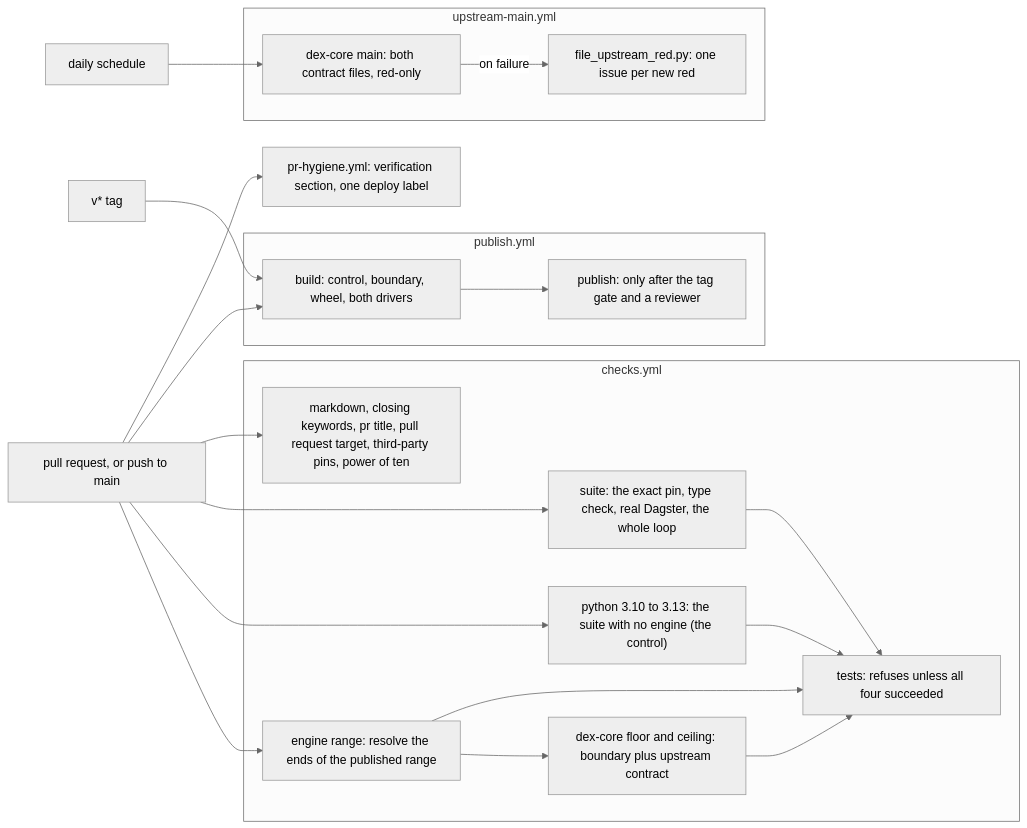
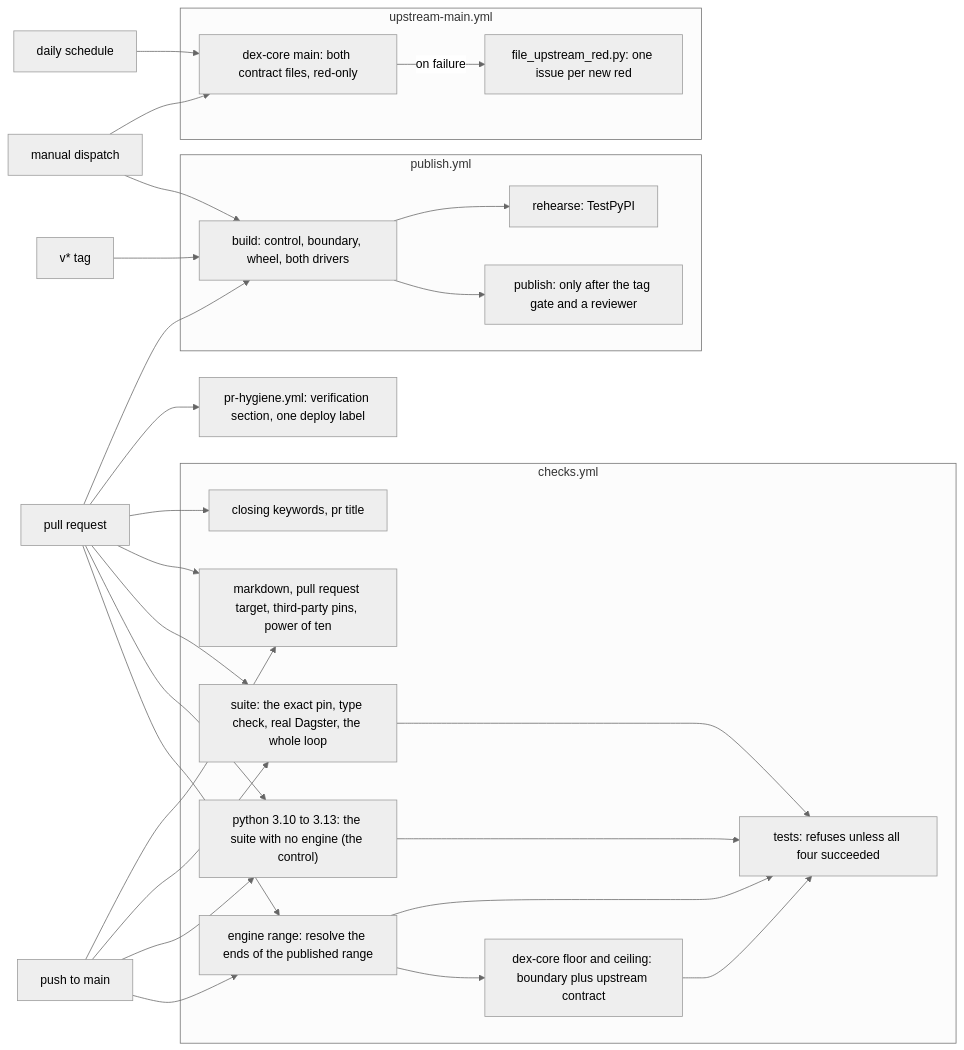
Before and after one commit to catincloud-labs/dagster-dex: the diagram in docs/design/verification.md, drawn with Mermaid (neutral theme). The commit also changed other lines of this file and 4 other files, not shown here.

````diff
--- a/docs/design/verification.md
+++ b/docs/design/verification.md
@@ -29,37 +29,52 @@
 ```mermaid
 flowchart LR
-    PR["pull request, or push to main"]
+    PR["pull request"]
+    MAIN["push to main"]
     TAG["v* tag"]
     CRON["daily schedule"]
+    BYHAND["manual dispatch"]
 
     subgraph checks["checks.yml"]
         RANGE["engine range: resolve the ends of the published range"]
         ENDS["dex-core floor and ceiling: boundary plus upstream contract"]
         FLOOR["python 3.10 to 3.13: the suite with no engine (the control)"]
         SUITE["suite: the exact pin, type check, real Dagster, the whole loop"]
         TESTS["tests: refuses unless all four succeeded"]
-        HYG["markdown, closing keywords, pr title, pull request target, third-party pins, power of ten"]
+        HYG["markdown, pull request target, third-party pins, power of ten"]
+        HYGPR["closing keywords, pr title"]
     end
 
     subgraph publish["publish.yml"]
         BUILD["build: control, boundary, wheel, both drivers"]
         REL["publish: only after the tag gate and a reviewer"]
+        REH["rehearse: TestPyPI"]
     end
 
     subgraph upstream["upstream-main.yml"]
         HEAD["dex-core main: both contract files, red-only"]
         FILE["file_upstream_red.py: one issue per new red"]
     end
 
     HPR["pr-hygiene.yml: verification section, one deploy label"]
 
-    PR --> RANGE --> ENDS --> TESTS
-    PR --> FLOOR --> TESTS
-    PR --> SUITE --> TESTS
+    PR --> RANGE
+    MAIN --> RANGE
+    PR --> FLOOR
+    MAIN --> FLOOR
+    PR --> SUITE
+    MAIN --> SUITE
+    RANGE --> ENDS --> TESTS
     RANGE --> TESTS
+    FLOOR --> TESTS
+    SUITE --> TESTS
     PR --> HYG
+    MAIN --> HYG
+    PR --> HYGPR
+    PR --> HPR
     PR --> BUILD
-    PR --> HPR
     TAG --> BUILD --> REL
-    CRON --> HEAD -->|"on failure"| FILE
+    BYHAND --> BUILD --> REH
+    CRON --> HEAD
+    BYHAND --> HEAD
+    HEAD -->|"on failure"| FILE
 ```
````
